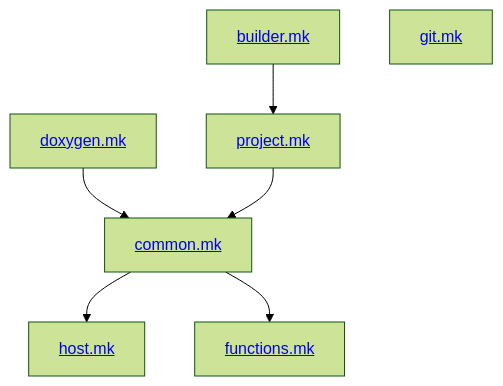
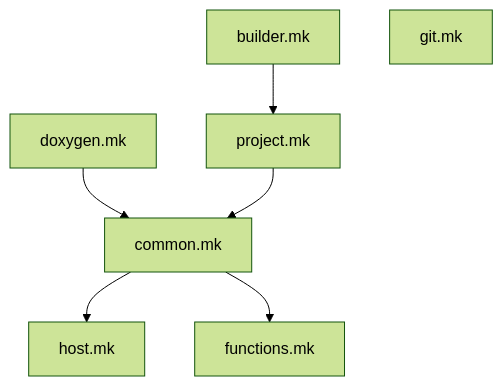
Before and after one commit to ljbo82/cpp-project-builder-core: the diagram in README.md, drawn with Mermaid (forest theme).

Commit message:
Removed anchor links in mermaid since they are causing issues.

````diff
--- a/README.md
+++ b/README.md
@@ -61,9 +61,9 @@
 ```mermaid
 graph TD;
-    builder.mk[<a href='./#buildermk'>builder.mk</a>]-->project.mk[<a href='#projectmk'>project.mk</a>];
-    common.mk[<a href='#commonmk'>common.mk</a>]-->host.mk[<a href='#hostmk'>host.mk</a>];
-    common.mk-->functions.mk[<a href='#functionsmk'>functions.mk</a>];
-    doxygen.mk[<a href='#doxygenmk'>doxygen.mk</a>]-->common.mk;
-    git.mk[<a href='#gitmk'>git.mk</a>];
+    builder.mk-->project.mk;
+    common.mk-->host.mk;
+    common.mk-->functions.mk;
+    doxygen.mk-->common.mk;
+    git.mk;
     project.mk-->common.mk;
 ```
````
